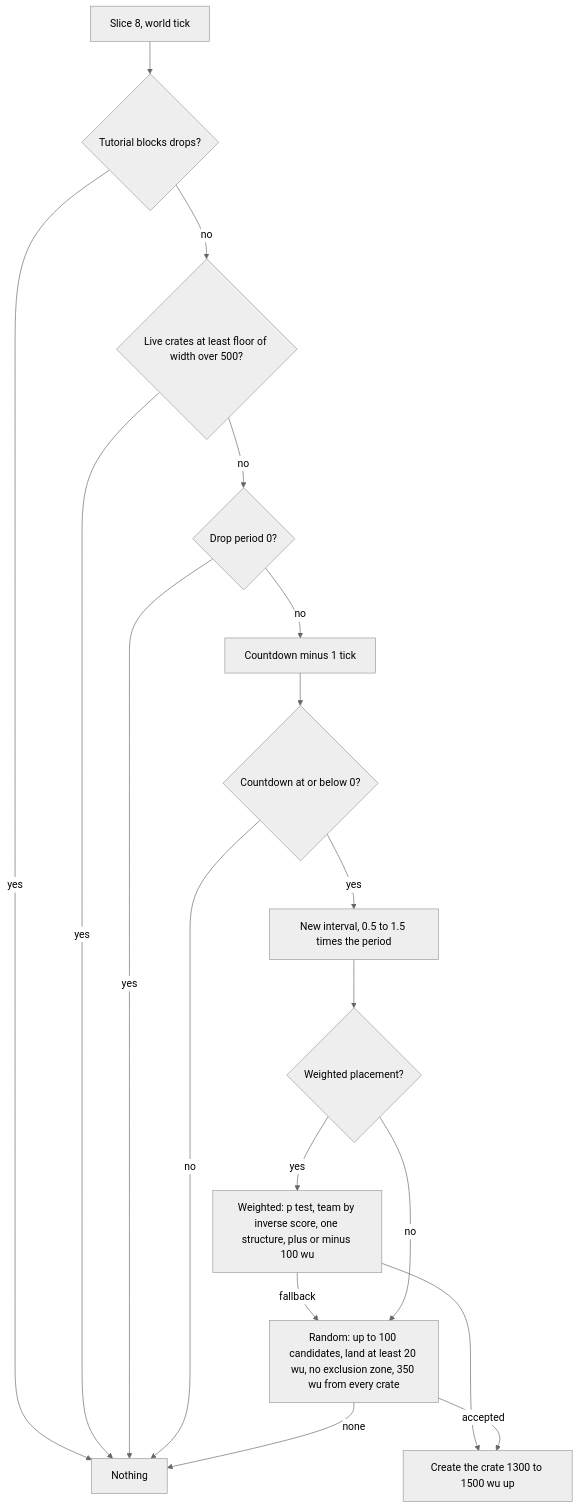
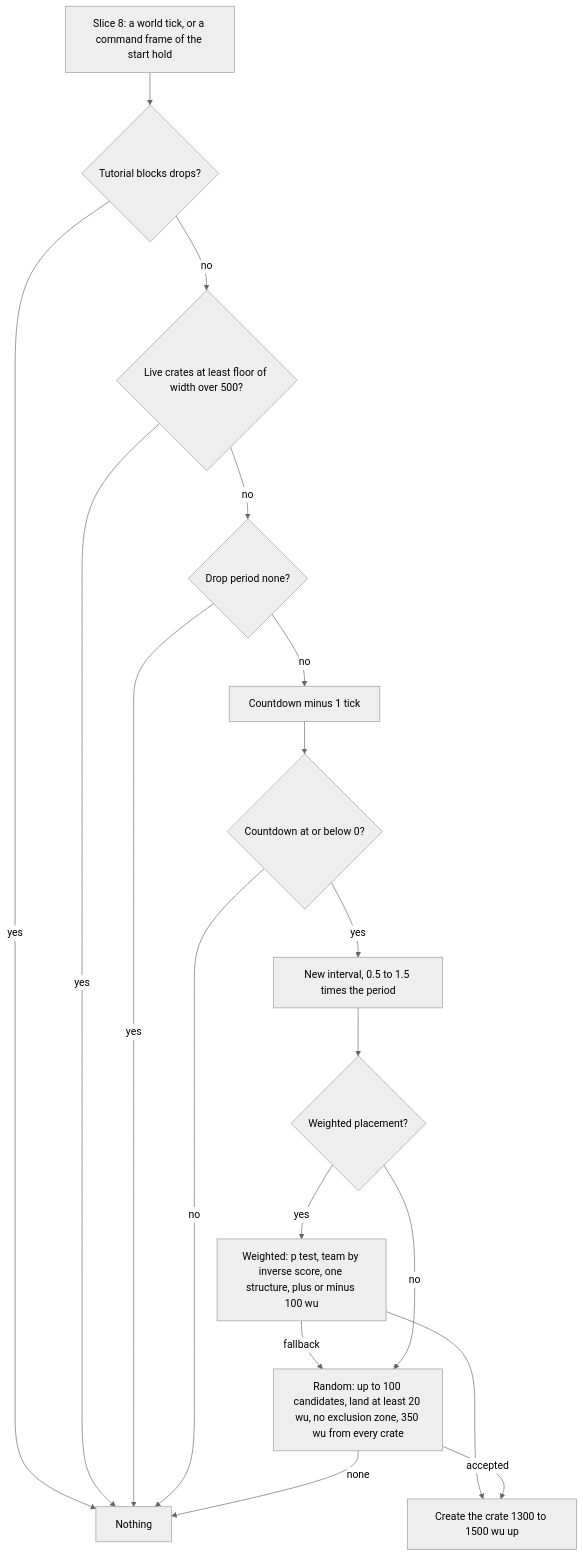
One commit to Zwaliebaba/Species.AI changed the third of 4 diagrams in design_next/reference/04_supply_crates_powers_and_weapons/crates_and_powers.md. Above: the diagram before and after it, drawn with Mermaid (neutral theme). The commit also changed other lines of this file and 50 other files, not shown here.

````diff
--- a/design_next/reference/04_supply_crates_powers_and_weapons/crates_and_powers.md
+++ b/design_next/reference/04_supply_crates_powers_and_weapons/crates_and_powers.md
@@ -540,20 +539,20 @@
 ```mermaid
 flowchart TD
-    T["Slice 8, world tick"] --> TU{"Tutorial blocks drops?"}
+    T["Slice 8: a world tick, or a command frame of the start hold"] --> TU{"Tutorial blocks drops?"}
     TU -- yes --> X["Nothing"]
     TU -- no --> CAP{"Live crates at least floor of width over 500?"}
     CAP -- yes --> X
-    CAP -- no --> OPT{"Drop period 0?"}
+    CAP -- no --> OPT{"Drop period none?"}
     OPT -- yes --> X
     OPT -- no --> CD["Countdown minus 1 tick"]
     CD --> Z{"Countdown at or below 0?"}
     Z -- no --> X
     Z -- yes --> RS["New interval, 0.5 to 1.5 times the period"]
     RS --> M{"Weighted placement?"}
     M -- yes --> W["Weighted: p test, team by inverse score, one structure, plus or minus 100 wu"]
     W -- fallback --> R
     W --> CR["Create the crate 1300 to 1500 wu up"]
     M -- no --> R["Random: up to 100 candidates, land at least 20 wu, no exclusion zone, 350 wu from every crate"]
     R -- accepted --> CR
     R -- none --> X
 ```
````
